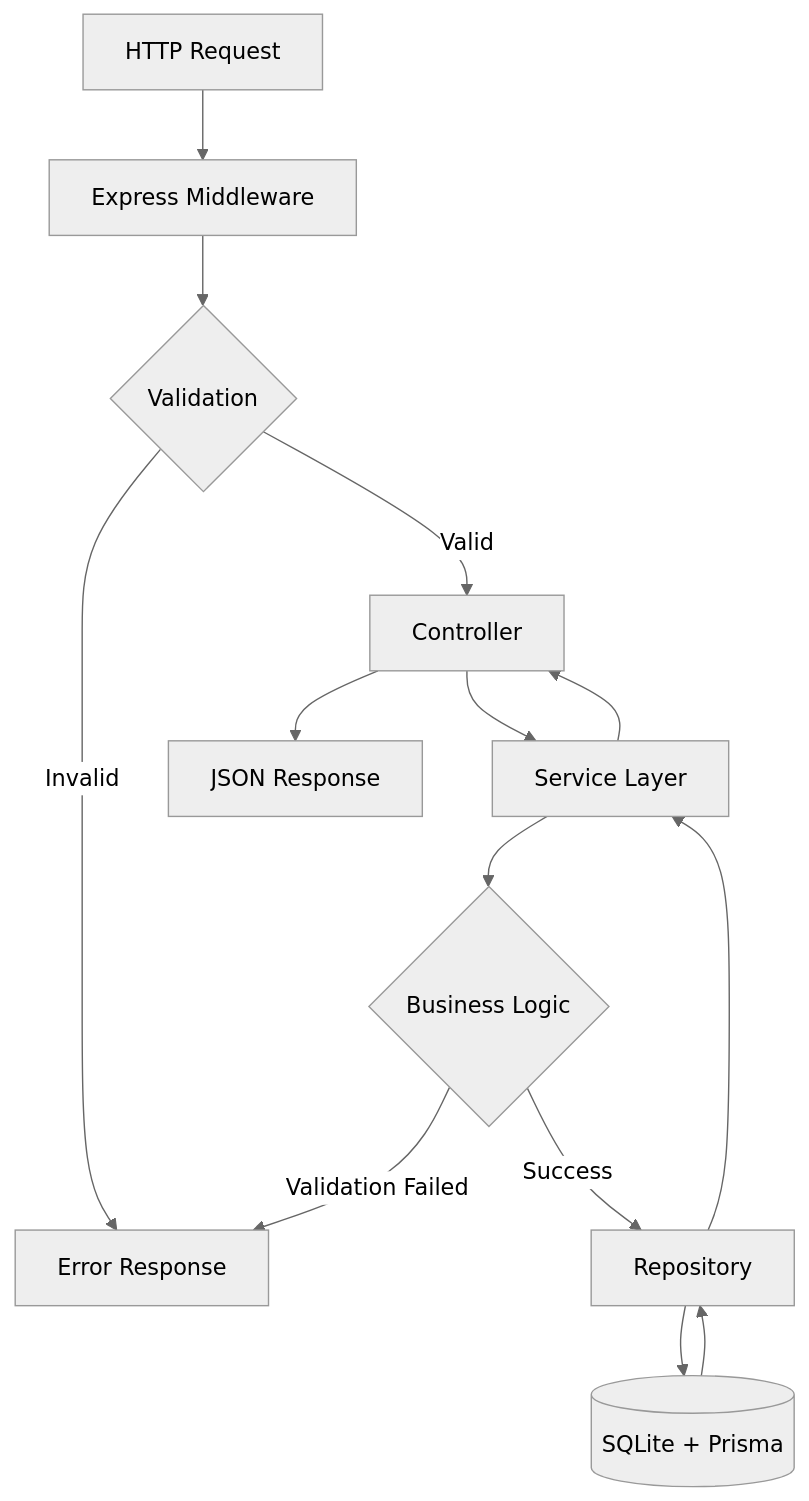
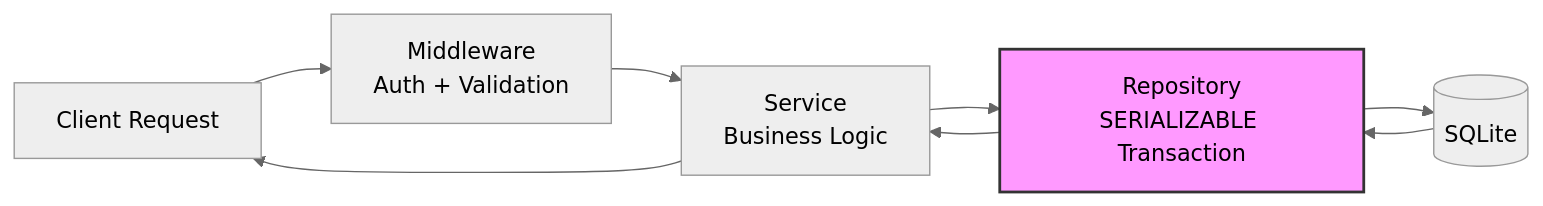
Before and after one commit to shaneperera/lyrebird-health-takehome: the first of 3 diagrams in DESIGN.md, drawn with Mermaid (neutral theme). The commit also changed other lines of this file, not shown here.

````diff
--- a/DESIGN.md
+++ b/DESIGN.md
@@ -34,16 +22,12 @@
 ```mermaid
-graph TD
-    A[HTTP Request] --> B[Express Middleware]
-    B --> C{Validation}
-    C -->|Invalid| D[Error Response]
-    C -->|Valid| E[Controller]
-    E --> F[Service Layer]
-    F --> G{Business Logic}
-    G -->|Validation Failed| D
-    G -->|Success| H[Repository]
-    H --> I[(SQLite + Prisma)]
-    I --> H
-    H --> F
-    F --> E
-    E --> J[JSON Response]
+graph LR
+    A[Client Request] --> B[Middleware<br/>Auth + Validation]
+    B --> C[Service<br/>Business Logic]
+    C --> D[Repository<br/>SERIALIZABLE Transaction]
+    D --> E[(SQLite)]
+    E --> D
+    D --> C
+    C --> A
+    
+    style D fill:#f9f,stroke:#333,stroke-width:2px
 ```
````
